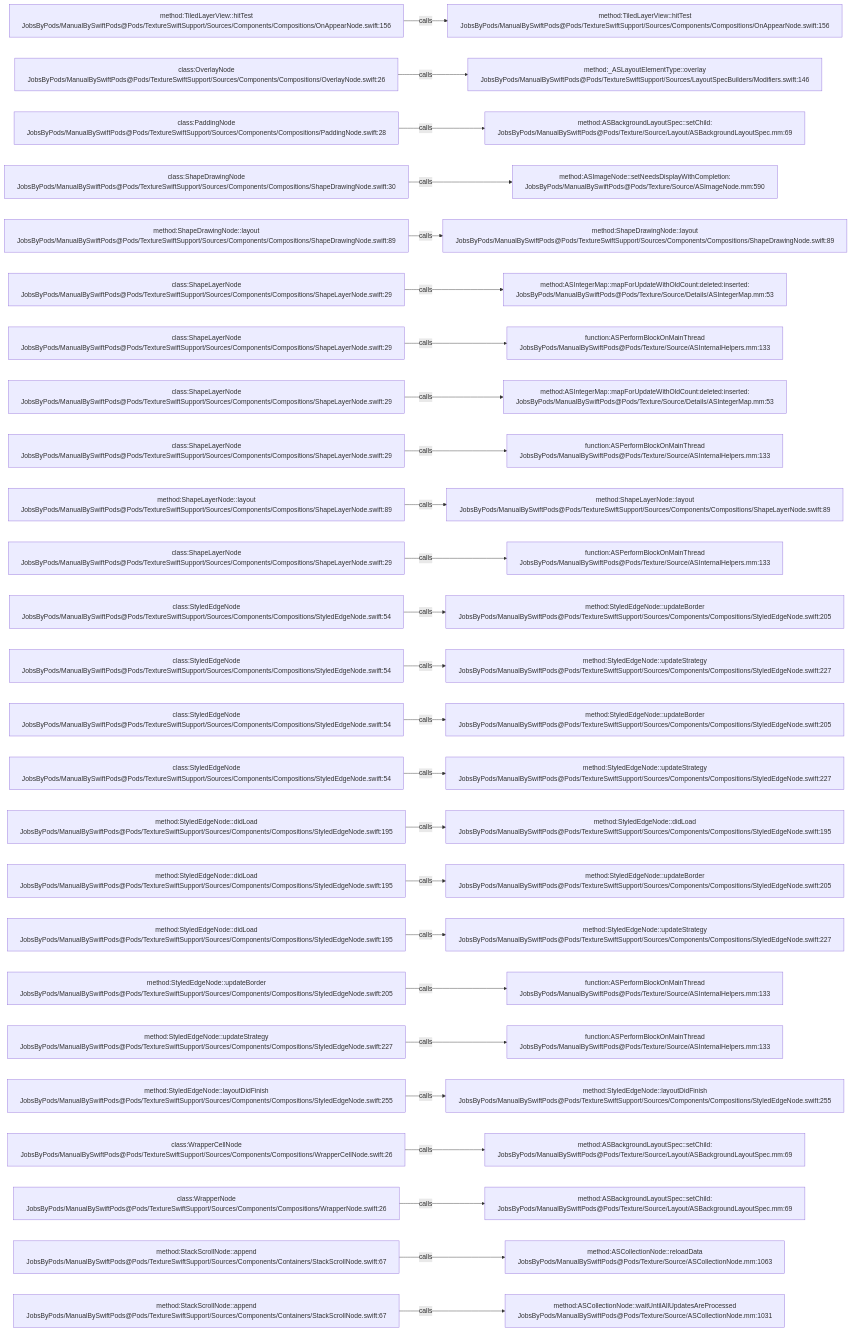
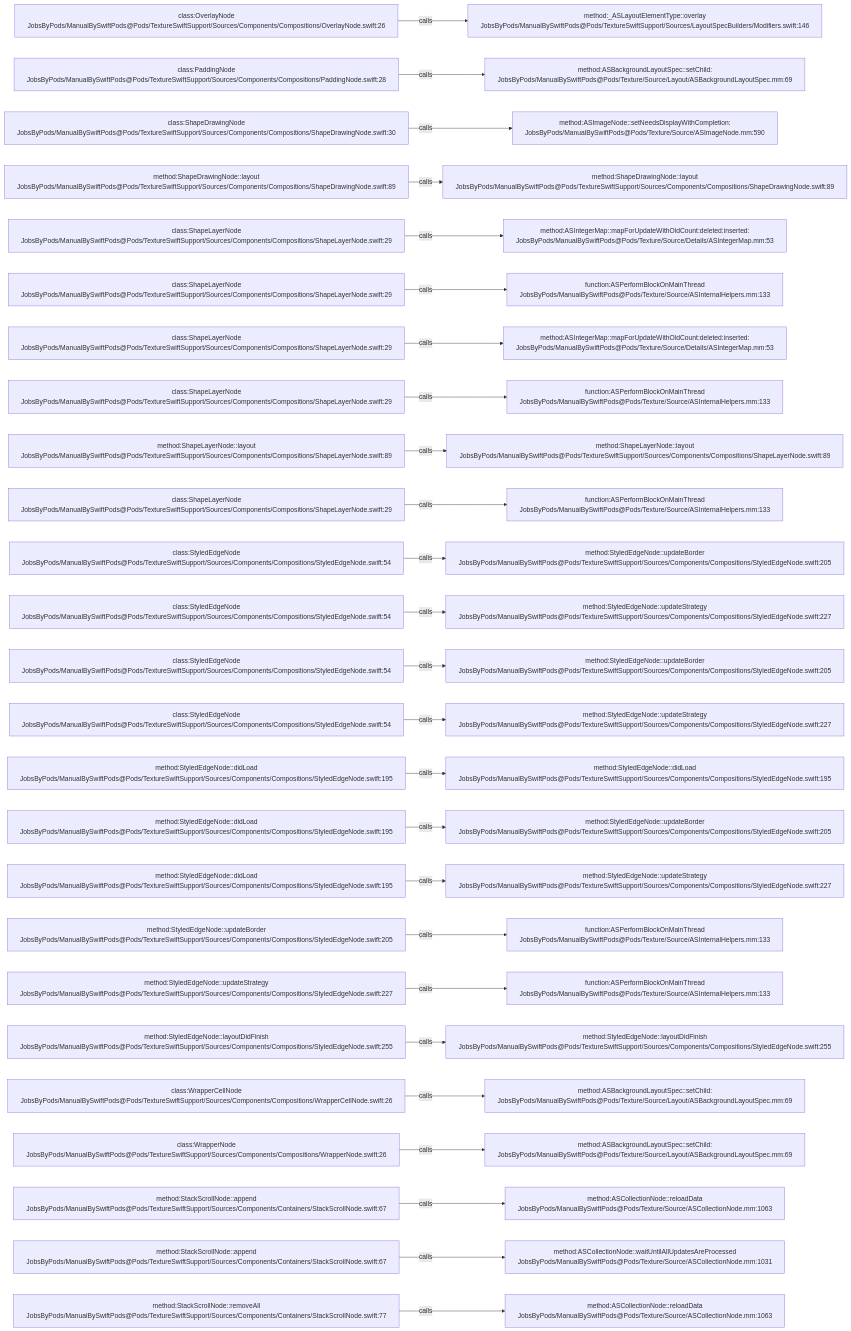
One commit to JobsKits/JobsSwiftBaseConfigDemo changed the diagram in .codegraph/codegraph.md/graphs/calls-154.md. Above: the diagram before and after it, drawn with Mermaid. The commit also changed 747 other files, not shown here.

````diff
--- a/.codegraph/codegraph.md/graphs/calls-154.md
+++ b/.codegraph/codegraph.md/graphs/calls-154.md
@@ -13,78 +13,78 @@
 ```mermaid
 flowchart LR
-  S1["method:TiledLayerView::hitTest<br/>JobsByPods/ManualBySwiftPods@Pods/TextureSwiftSupport/Sources/Components/Compositions/OnAppearNode.swift:156"]
-  T1["method:TiledLayerView::hitTest<br/>JobsByPods/ManualBySwiftPods@Pods/TextureSwiftSupport/Sources/Components/Compositions/OnAppearNode.swift:156"]
+  S1["class:OverlayNode<br/>JobsByPods/ManualBySwiftPods@Pods/TextureSwiftSupport/Sources/Components/Compositions/OverlayNode.swift:26"]
+  T1["method:_ASLayoutElementType::overlay<br/>JobsByPods/ManualBySwiftPods@Pods/TextureSwiftSupport/Sources/LayoutSpecBuilders/Modifiers.swift:146"]
   S1 -->|calls| T1
-  S2["class:OverlayNode<br/>JobsByPods/ManualBySwiftPods@Pods/TextureSwiftSupport/Sources/Components/Compositions/OverlayNode.swift:26"]
-  T2["method:_ASLayoutElementType::overlay<br/>JobsByPods/ManualBySwiftPods@Pods/TextureSwiftSupport/Sources/LayoutSpecBuilders/Modifiers.swift:146"]
+  S2["class:PaddingNode<br/>JobsByPods/ManualBySwiftPods@Pods/TextureSwiftSupport/Sources/Components/Compositions/PaddingNode.swift:28"]
+  T2["method:ASBackgroundLayoutSpec::setChild:<br/>JobsByPods/ManualBySwiftPods@Pods/Texture/Source/Layout/ASBackgroundLayoutSpec.mm:69"]
   S2 -->|calls| T2
-  S3["class:PaddingNode<br/>JobsByPods/ManualBySwiftPods@Pods/TextureSwiftSupport/Sources/Components/Compositions/PaddingNode.swift:28"]
-  T3["method:ASBackgroundLayoutSpec::setChild:<br/>JobsByPods/ManualBySwiftPods@Pods/Texture/Source/Layout/ASBackgroundLayoutSpec.mm:69"]
+  S3["class:ShapeDrawingNode<br/>JobsByPods/ManualBySwiftPods@Pods/TextureSwiftSupport/Sources/Components/Compositions/ShapeDrawingNode.swift:30"]
+  T3["method:ASImageNode::setNeedsDisplayWithCompletion:<br/>JobsByPods/ManualBySwiftPods@Pods/Texture/Source/ASImageNode.mm:590"]
   S3 -->|calls| T3
-  S4["class:ShapeDrawingNode<br/>JobsByPods/ManualBySwiftPods@Pods/TextureSwiftSupport/Sources/Components/Compositions/ShapeDrawingNode.swift:30"]
-  T4["method:ASImageNode::setNeedsDisplayWithCompletion:<br/>JobsByPods/ManualBySwiftPods@Pods/Texture/Source/ASImageNode.mm:590"]
+  S4["method:ShapeDrawingNode::layout<br/>JobsByPods/ManualBySwiftPods@Pods/TextureSwiftSupport/Sources/Components/Compositions/ShapeDrawingNode.swift:89"]
+  T4["method:ShapeDrawingNode::layout<br/>JobsByPods/ManualBySwiftPods@Pods/TextureSwiftSupport/Sources/Components/Compositions/ShapeDrawingNode.swift:89"]
   S4 -->|calls| T4
-  S5["method:ShapeDrawingNode::layout<br/>JobsByPods/ManualBySwiftPods@Pods/TextureSwiftSupport/Sources/Components/Compositions/ShapeDrawingNode.swift:89"]
-  T5["method:ShapeDrawingNode::layout<br/>JobsByPods/ManualBySwiftPods@Pods/TextureSwiftSupport/Sources/Components/Compositions/ShapeDrawingNode.swift:89"]
+  S5["class:ShapeLayerNode<br/>JobsByPods/ManualBySwiftPods@Pods/TextureSwiftSupport/Sources/Components/Compositions/ShapeLayerNode.swift:29"]
+  T5["method:ASIntegerMap::mapForUpdateWithOldCount:deleted:inserted:<br/>JobsByPods/ManualBySwiftPods@Pods/Texture/Source/Details/ASIntegerMap.mm:53"]
   S5 -->|calls| T5
   S6["class:ShapeLayerNode<br/>JobsByPods/ManualBySwiftPods@Pods/TextureSwiftSupport/Sources/Components/Compositions/ShapeLayerNode.swift:29"]
-  T6["method:ASIntegerMap::mapForUpdateWithOldCount:deleted:inserted:<br/>JobsByPods/ManualBySwiftPods@Pods/Texture/Source/Details/ASIntegerMap.mm:53"]
+  T6["function:ASPerformBlockOnMainThread<br/>JobsByPods/ManualBySwiftPods@Pods/Texture/Source/ASInternalHelpers.mm:133"]
   S6 -->|calls| T6
   S7["class:ShapeLayerNode<br/>JobsByPods/ManualBySwiftPods@Pods/TextureSwiftSupport/Sources/Components/Compositions/ShapeLayerNode.swift:29"]
-  T7["function:ASPerformBlockOnMainThread<br/>JobsByPods/ManualBySwiftPods@Pods/Texture/Source/ASInternalHelpers.mm:133"]
+  T7["method:ASIntegerMap::mapForUpdateWithOldCount:deleted:inserted:<br/>JobsByPods/ManualBySwiftPods@Pods/Texture/Source/Details/ASIntegerMap.mm:53"]
   S7 -->|calls| T7
   S8["class:ShapeLayerNode<br/>JobsByPods/ManualBySwiftPods@Pods/TextureSwiftSupport/Sources/Components/Compositions/ShapeLayerNode.swift:29"]
-  T8["method:ASIntegerMap::mapForUpdateWithOldCount:deleted:inserted:<br/>JobsByPods/ManualBySwiftPods@Pods/Texture/Source/Details/ASIntegerMap.mm:53"]
+  T8["function:ASPerformBlockOnMainThread<br/>JobsByPods/ManualBySwiftPods@Pods/Texture/Source/ASInternalHelpers.mm:133"]
   S8 -->|calls| T8
-  S9["class:ShapeLayerNode<br/>JobsByPods/ManualBySwiftPods@Pods/TextureSwiftSupport/Sources/Components/Compositions/ShapeLayerNode.swift:29"]
-  T9["function:ASPerformBlockOnMainThread<br/>JobsByPods/ManualBySwiftPods@Pods/Texture/Source/ASInternalHelpers.mm:133"]
+  S9["method:ShapeLayerNode::layout<br/>JobsByPods/ManualBySwiftPods@Pods/TextureSwiftSupport/Sources/Components/Compositions/ShapeLayerNode.swift:89"]
+  T9["method:ShapeLayerNode::layout<br/>JobsByPods/ManualBySwiftPods@Pods/TextureSwiftSupport/Sources/Components/Compositions/ShapeLayerNode.swift:89"]
   S9 -->|calls| T9
-  S10["method:ShapeLayerNode::layout<br/>JobsByPods/ManualBySwiftPods@Pods/TextureSwiftSupport/Sources/Components/Compositions/ShapeLayerNode.swift:89"]
-  T10["method:ShapeLayerNode::layout<br/>JobsByPods/ManualBySwiftPods@Pods/TextureSwiftSupport/Sources/Components/Compositions/ShapeLayerNode.swift:89"]
+  S10["class:ShapeLayerNode<br/>JobsByPods/ManualBySwiftPods@Pods/TextureSwiftSupport/Sources/Components/Compositions/ShapeLayerNode.swift:29"]
+  T10["function:ASPerformBlockOnMainThread<br/>JobsByPods/ManualBySwiftPods@Pods/Texture/Source/ASInternalHelpers.mm:133"]
   S10 -->|calls| T10
-  S11["class:ShapeLayerNode<br/>JobsByPods/ManualBySwiftPods@Pods/TextureSwiftSupport/Sources/Components/Compositions/ShapeLayerNode.swift:29"]
-  T11["function:ASPerformBlockOnMainThread<br/>JobsByPods/ManualBySwiftPods@Pods/Texture/Source/ASInternalHelpers.mm:133"]
+  S11["class:StyledEdgeNode<br/>JobsByPods/ManualBySwiftPods@Pods/TextureSwiftSupport/Sources/Components/Compositions/StyledEdgeNode.swift:54"]
+  T11["method:StyledEdgeNode::updateBorder<br/>JobsByPods/ManualBySwiftPods@Pods/TextureSwiftSupport/Sources/Components/Compositions/StyledEdgeNode.swift:205"]
   S11 -->|calls| T11
   S12["class:StyledEdgeNode<br/>JobsByPods/ManualBySwiftPods@Pods/TextureSwiftSupport/Sources/Components/Compositions/StyledEdgeNode.swift:54"]
-  T12["method:StyledEdgeNode::updateBorder<br/>JobsByPods/ManualBySwiftPods@Pods/TextureSwiftSupport/Sources/Components/Compositions/StyledEdgeNode.swift:205"]
+  T12["method:StyledEdgeNode::updateStrategy<br/>JobsByPods/ManualBySwiftPods@Pods/TextureSwiftSupport/Sources/Components/Compositions/StyledEdgeNode.swift:227"]
   S12 -->|calls| T12
   S13["class:StyledEdgeNode<br/>JobsByPods/ManualBySwiftPods@Pods/TextureSwiftSupport/Sources/Components/Compositions/StyledEdgeNode.swift:54"]
-  T13["method:StyledEdgeNode::updateStrategy<br/>JobsByPods/ManualBySwiftPods@Pods/TextureSwiftSupport/Sources/Components/Compositions/StyledEdgeNode.swift:227"]
+  T13["method:StyledEdgeNode::updateBorder<br/>JobsByPods/ManualBySwiftPods@Pods/TextureSwiftSupport/Sources/Components/Compositions/StyledEdgeNode.swift:205"]
   S13 -->|calls| T13
   S14["class:StyledEdgeNode<br/>JobsByPods/ManualBySwiftPods@Pods/TextureSwiftSupport/Sources/Components/Compositions/StyledEdgeNode.swift:54"]
-  T14["method:StyledEdgeNode::updateBorder<br/>JobsByPods/ManualBySwiftPods@Pods/TextureSwiftSupport/Sources/Components/Compositions/StyledEdgeNode.swift:205"]
+  T14["method:StyledEdgeNode::updateStrategy<br/>JobsByPods/ManualBySwiftPods@Pods/TextureSwiftSupport/Sources/Components/Compositions/StyledEdgeNode.swift:227"]
   S14 -->|calls| T14
-  S15["class:StyledEdgeNode<br/>JobsByPods/ManualBySwiftPods@Pods/TextureSwiftSupport/Sources/Components/Compositions/StyledEdgeNode.swift:54"]
-  T15["method:StyledEdgeNode::updateStrategy<br/>JobsByPods/ManualBySwiftPods@Pods/TextureSwiftSupport/Sources/Components/Compositions/StyledEdgeNode.swift:227"]
+  S15["method:StyledEdgeNode::didLoad<br/>JobsByPods/ManualBySwiftPods@Pods/TextureSwiftSupport/Sources/Components/Compositions/StyledEdgeNode.swift:195"]
+  T15["method:StyledEdgeNode::didLoad<br/>JobsByPods/ManualBySwiftPods@Pods/TextureSwiftSupport/Sources/Components/Compositions/StyledEdgeNode.swift:195"]
   S15 -->|calls| T15
   S16["method:StyledEdgeNode::didLoad<br/>JobsByPods/ManualBySwiftPods@Pods/TextureSwiftSupport/Sources/Components/Compositions/StyledEdgeNode.swift:195"]
-  T16["method:StyledEdgeNode::didLoad<br/>JobsByPods/ManualBySwiftPods@Pods/TextureSwiftSupport/Sources/Components/Compositions/StyledEdgeNode.swift:195"]
+  T16["method:StyledEdgeNode::updateBorder<br/>JobsByPods/ManualBySwiftPods@Pods/TextureSwiftSupport/Sources/Components/Compositions/StyledEdgeNode.swift:205"]
   S16 -->|calls| T16
   S17["method:StyledEdgeNode::didLoad<br/>JobsByPods/ManualBySwiftPods@Pods/TextureSwiftSupport/Sources/Components/Compositions/StyledEdgeNode.swift:195"]
-  T17["method:StyledEdgeNode::updateBorder<br/>JobsByPods/ManualBySwiftPods@Pods/TextureSwiftSupport/Sources/Components/Compositions/StyledEdgeNode.swift:205"]
+  T17["method:StyledEdgeNode::updateStrategy<br/>JobsByPods/ManualBySwiftPods@Pods/TextureSwiftSupport/Sources/Components/Compositions/StyledEdgeNode.swift:227"]
   S17 -->|calls| T17
-  S18["method:StyledEdgeNode::didLoad<br/>JobsByPods/ManualBySwiftPods@Pods/TextureSwiftSupport/Sources/Components/Compositions/StyledEdgeNode.swift:195"]
-  T18["method:StyledEdgeNode::updateStrategy<br/>JobsByPods/ManualBySwiftPods@Pods/TextureSwiftSupport/Sources/Components/Compositions/StyledEdgeNode.swift:227"]
+  S18["method:StyledEdgeNode::updateBorder<br/>JobsByPods/ManualBySwiftPods@Pods/TextureSwiftSupport/Sources/Components/Compositions/StyledEdgeNode.swift:205"]
+  T18["function:ASPerformBlockOnMainThread<br/>JobsByPods/ManualBySwiftPods@Pods/Texture/Source/ASInternalHelpers.mm:133"]
   S18 -->|calls| T18
-  S19["method:StyledEdgeNode::updateBorder<br/>JobsByPods/ManualBySwiftPods@Pods/TextureSwiftSupport/Sources/Components/Compositions/StyledEdgeNode.swift:205"]
+  S19["method:StyledEdgeNode::updateStrategy<br/>JobsByPods/ManualBySwiftPods@Pods/TextureSwiftSupport/Sources/Components/Compositions/StyledEdgeNode.swift:227"]
   T19["function:ASPerformBlockOnMainThread<br/>JobsByPods/ManualBySwiftPods@Pods/Texture/Source/ASInternalHelpers.mm:133"]
   S19 -->|calls| T19
-  S20["method:StyledEdgeNode::updateStrategy<br/>JobsByPods/ManualBySwiftPods@Pods/TextureSwiftSupport/Sources/Components/Compositions/StyledEdgeNode.swift:227"]
-  T20["function:ASPerformBlockOnMainThread<br/>JobsByPods/ManualBySwiftPods@Pods/Texture/Source/ASInternalHelpers.mm:133"]
+  S20["method:StyledEdgeNode::layoutDidFinish<br/>JobsByPods/ManualBySwiftPods@Pods/TextureSwiftSupport/Sources/Components/Compositions/StyledEdgeNode.swift:255"]
+  T20["method:StyledEdgeNode::layoutDidFinish<br/>JobsByPods/ManualBySwiftPods@Pods/TextureSwiftSupport/Sources/Components/Compositions/StyledEdgeNode.swift:255"]
   S20 -->|calls| T20
-  S21["method:StyledEdgeNode::layoutDidFinish<br/>JobsByPods/ManualBySwiftPods@Pods/TextureSwiftSupport/Sources/Components/Compositions/StyledEdgeNode.swift:255"]
-  T21["method:StyledEdgeNode::layoutDidFinish<br/>JobsByPods/ManualBySwiftPods@Pods/TextureSwiftSupport/Sources/Components/Compositions/StyledEdgeNode.swift:255"]
+  S21["class:WrapperCellNode<br/>JobsByPods/ManualBySwiftPods@Pods/TextureSwiftSupport/Sources/Components/Compositions/WrapperCellNode.swift:26"]
+  T21["method:ASBackgroundLayoutSpec::setChild:<br/>JobsByPods/ManualBySwiftPods@Pods/Texture/Source/Layout/ASBackgroundLayoutSpec.mm:69"]
   S21 -->|calls| T21
-  S22["class:WrapperCellNode<br/>JobsByPods/ManualBySwiftPods@Pods/TextureSwiftSupport/Sources/Components/Compositions/WrapperCellNode.swift:26"]
+  S22["class:WrapperNode<br/>JobsByPods/ManualBySwiftPods@Pods/TextureSwiftSupport/Sources/Components/Compositions/WrapperNode.swift:26"]
   T22["method:ASBackgroundLayoutSpec::setChild:<br/>JobsByPods/ManualBySwiftPods@Pods/Texture/Source/Layout/ASBackgroundLayoutSpec.mm:69"]
   S22 -->|calls| T22
-  S23["class:WrapperNode<br/>JobsByPods/ManualBySwiftPods@Pods/TextureSwiftSupport/Sources/Components/Compositions/WrapperNode.swift:26"]
-  T23["method:ASBackgroundLayoutSpec::setChild:<br/>JobsByPods/ManualBySwiftPods@Pods/Texture/Source/Layout/ASBackgroundLayoutSpec.mm:69"]
+  S23["method:StackScrollNode::append<br/>JobsByPods/ManualBySwiftPods@Pods/TextureSwiftSupport/Sources/Components/Containers/StackScrollNode.swift:67"]
+  T23["method:ASCollectionNode::reloadData<br/>JobsByPods/ManualBySwiftPods@Pods/Texture/Source/ASCollectionNode.mm:1063"]
   S23 -->|calls| T23
   S24["method:StackScrollNode::append<br/>JobsByPods/ManualBySwiftPods@Pods/TextureSwiftSupport/Sources/Components/Containers/StackScrollNode.swift:67"]
-  T24["method:ASCollectionNode::reloadData<br/>JobsByPods/ManualBySwiftPods@Pods/Texture/Source/ASCollectionNode.mm:1063"]
+  T24["method:ASCollectionNode::waitUntilAllUpdatesAreProcessed<br/>JobsByPods/ManualBySwiftPods@Pods/Texture/Source/ASCollectionNode.mm:1031"]
   S24 -->|calls| T24
-  S25["method:StackScrollNode::append<br/>JobsByPods/ManualBySwiftPods@Pods/TextureSwiftSupport/Sources/Components/Containers/StackScrollNode.swift:67"]
-  T25["method:ASCollectionNode::waitUntilAllUpdatesAreProcessed<br/>JobsByPods/ManualBySwiftPods@Pods/Texture/Source/ASCollectionNode.mm:1031"]
+  S25["method:StackScrollNode::removeAll<br/>JobsByPods/ManualBySwiftPods@Pods/TextureSwiftSupport/Sources/Components/Containers/StackScrollNode.swift:77"]
+  T25["method:ASCollectionNode::reloadData<br/>JobsByPods/ManualBySwiftPods@Pods/Texture/Source/ASCollectionNode.mm:1063"]
   S25 -->|calls| T25
 ```
````
